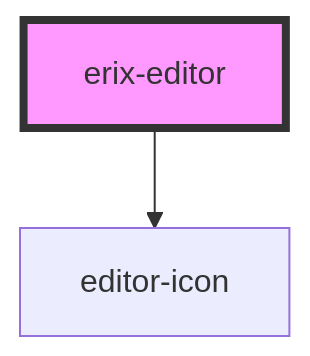
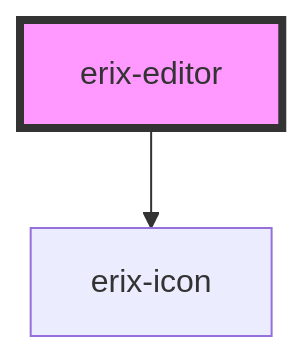
The diagram in src/components/erix-editor/readme.md (NopeThisIsShini/erix_editor), drawn with Mermaid before and after one commit. The commit also changed other lines of this file and 9 other files, not shown here.

Commit message:
refactor: rename editor-icon to erix-icon and clean up core files

````diff
--- a/src/components/erix-editor/readme.md
+++ b/src/components/erix-editor/readme.md
@@ -20,5 +20,5 @@
 ```mermaid
 graph TD;
-  erix-editor --> editor-icon
+  erix-editor --> erix-icon
   style erix-editor fill:#f9f,stroke:#333,stroke-width:4px
 ```
````
